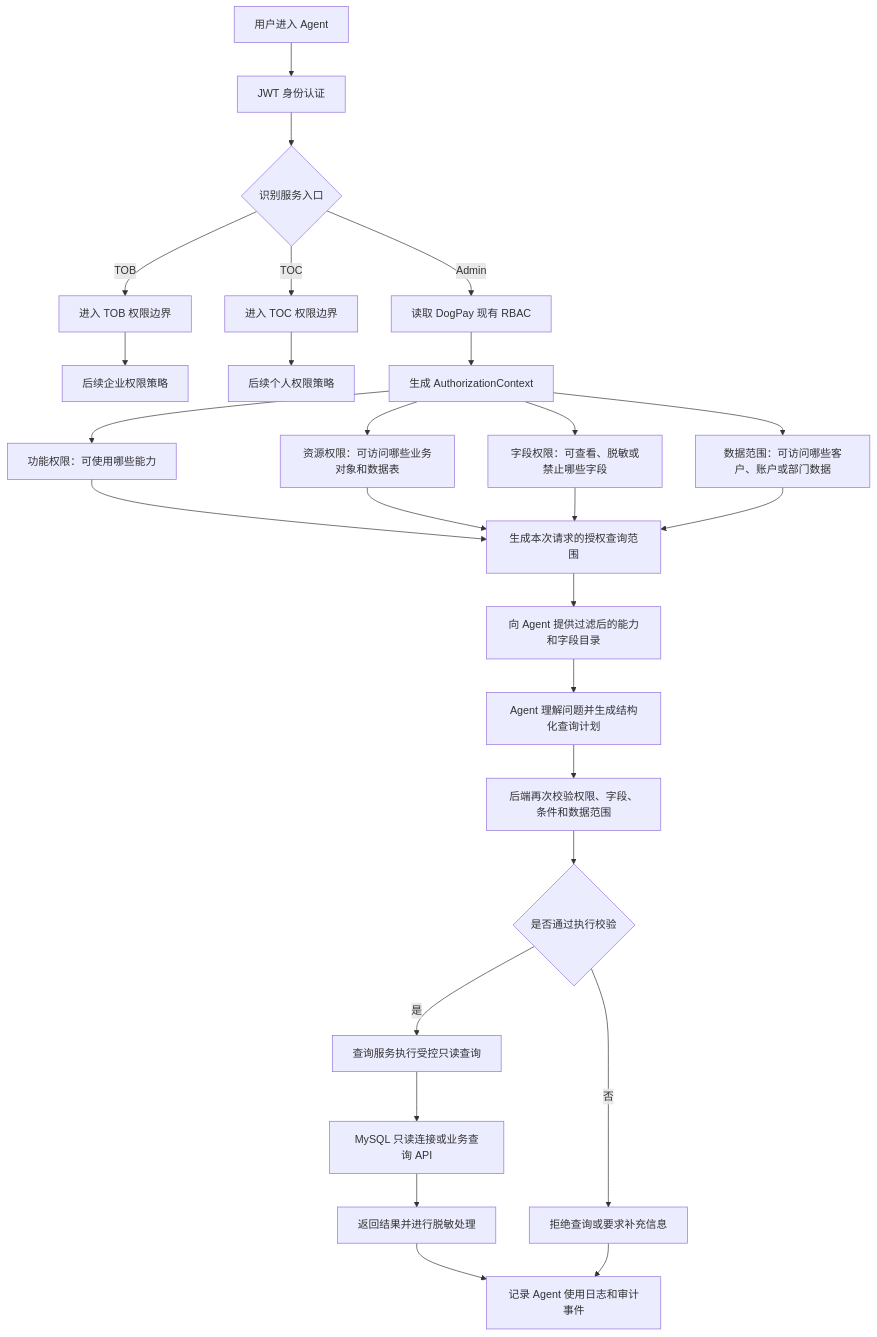
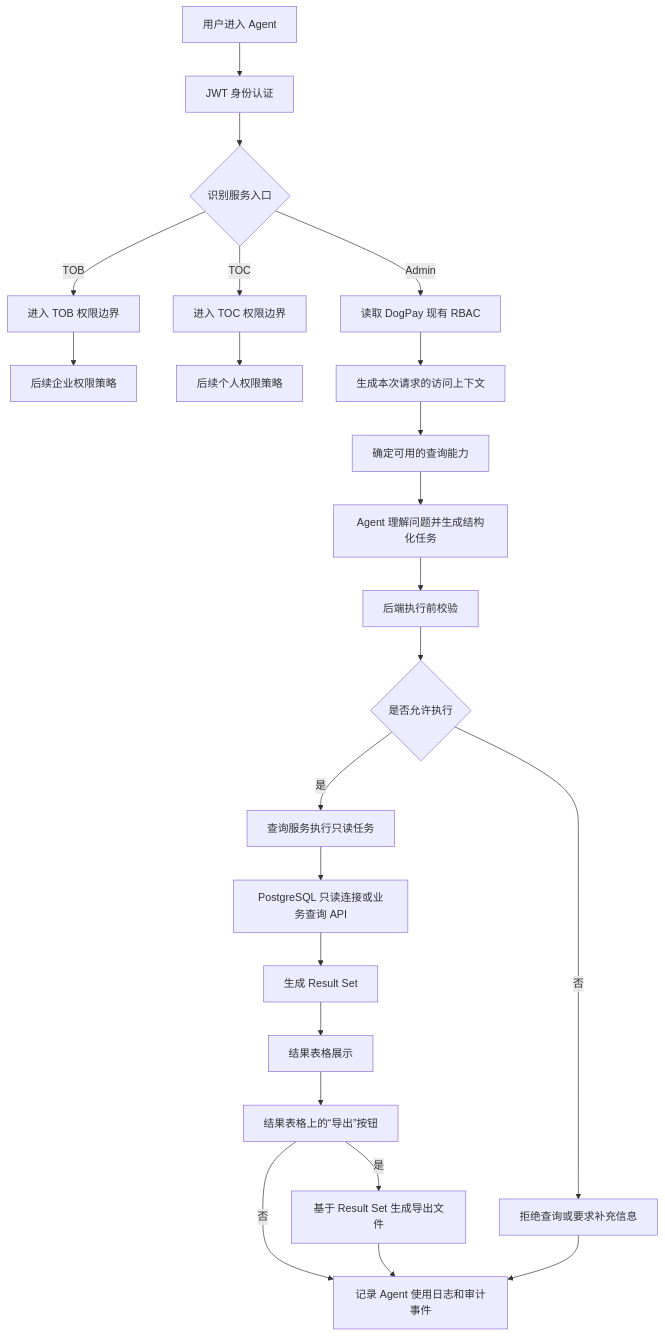
The first of 9 diagrams in docs/dogpay_admin_agent_product.md (yuquan-chen/finance-agent-runtime), drawn with Mermaid before and after one commit. The commit also changed other lines of this file and 42 other files, not shown here.

Commit message:
feat: 完善受控查询链路与 Schema 元数据

````diff
--- a/docs/dogpay_admin_agent_product.md
+++ b/docs/dogpay_admin_agent_product.md
@@ -25,29 +25,25 @@
 ```mermaid
 flowchart TD
     A[用户进入 Agent] --> B[JWT 身份认证]
     B --> C{识别服务入口}
     C -->|Admin| D[读取 DogPay 现有 RBAC]
     C -->|TOB| E[进入 TOB 权限边界]
     C -->|TOC| F[进入 TOC 权限边界]
     E --> E1[后续企业权限策略]
     F --> F1[后续个人权限策略]
-    D --> G[生成 AuthorizationContext]
-    G --> G1[功能权限：可使用哪些能力]
-    G --> G2[资源权限：可访问哪些业务对象和数据表]
-    G --> G3[字段权限：可查看、脱敏或禁止哪些字段]
-    G --> G4[数据范围：可访问哪些客户、账户或部门数据]
-    G1 --> H[生成本次请求的授权查询范围]
-    G2 --> H
-    G3 --> H
-    G4 --> H
-    H --> I[向 Agent 提供过滤后的能力和字段目录]
-    I --> J[Agent 理解问题并生成结构化查询计划]
-    J --> K[后端再次校验权限、字段、条件和数据范围]
-    K --> L{是否通过执行校验}
-    L -->|否| M[拒绝查询或要求补充信息]
-    L -->|是| N[查询服务执行受控只读查询]
-    N --> O[MySQL 只读连接或业务查询 API]
-    O --> P[返回结果并进行脱敏处理]
-    P --> Q[记录 Agent 使用日志和审计事件]
-    M --> Q
+    D --> G[生成本次请求的访问上下文]
+    G --> H[确定可用的查询能力]
+    H --> I[Agent 理解问题并生成结构化任务]
+    I --> J[后端执行前校验]
+    J --> K{是否允许执行}
+    K -->|否| L[拒绝查询或要求补充信息]
+    K -->|是| M[查询服务执行只读任务]
+    M --> N[PostgreSQL 只读连接或业务查询 API]
+    N --> O[生成 Result Set]
+    O --> P[结果表格展示]
+    P --> Q[结果表格上的“导出”按钮]
+    Q -->|否| R[记录 Agent 使用日志和审计事件]
+    Q -->|是| S[基于 Result Set 生成导出文件]
+    S --> R
+    L --> R
 ```
````
